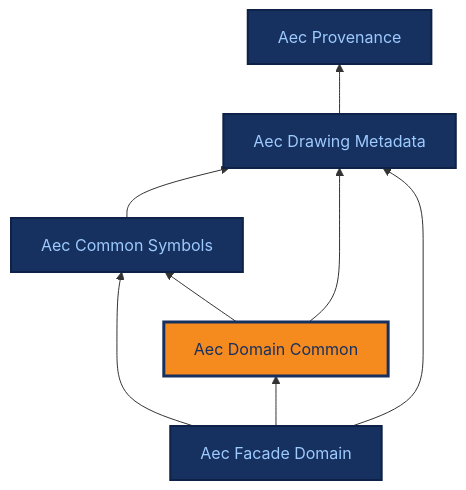
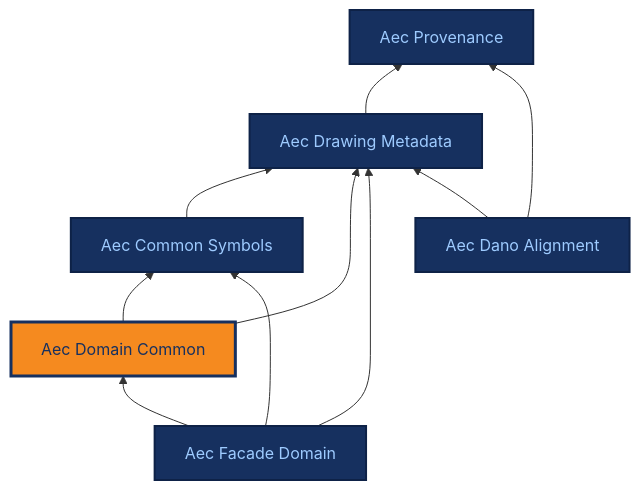
One commit to BuroHappoldMachineLearning/ADIRO changed the diagram in docs/ontologies/aec_domain_common.md. Above: the diagram before and after it, drawn with Mermaid. The commit also changed 11 other files, not shown here.

````diff
--- a/docs/ontologies/aec_domain_common.md
+++ b/docs/ontologies/aec_domain_common.md
@@ -17,25 +17,29 @@
 ```mermaid
 %%{init: {"themeCSS": ".base .nodeLabel,.base .nodeLabel p,.base text,.base tspan{fill:#9ecbff !important;color:#9ecbff !important}.current .nodeLabel,.current .nodeLabel p,.current text,.current tspan{fill:#16305f !important;color:#16305f !important}"} }%%
 graph BT
     aec_provenance["Aec Provenance"]
     aec_drawing_metadata["Aec Drawing Metadata"]
     aec_common_symbols["Aec Common Symbols"]
     aec_domain_common["Aec Domain Common"]
     aec_facade_domain["Aec Facade Domain"]
+    aec_dano_alignment["Aec Dano Alignment"]
     aec_drawing_metadata --> aec_provenance
     aec_common_symbols --> aec_drawing_metadata
     aec_domain_common --> aec_common_symbols
     aec_domain_common --> aec_drawing_metadata
     aec_facade_domain --> aec_common_symbols
     aec_facade_domain --> aec_domain_common
     aec_facade_domain --> aec_drawing_metadata
+    aec_dano_alignment --> aec_drawing_metadata
+    aec_dano_alignment --> aec_provenance
     click aec_provenance "../aec_provenance/" "Aec Provenance reference page"
     click aec_drawing_metadata "../aec_drawing_metadata/" "Aec Drawing Metadata reference page"
     click aec_common_symbols "../aec_common_symbols/" "Aec Common Symbols reference page"
     click aec_domain_common "../aec_domain_common/" "Aec Domain Common reference page"
     click aec_facade_domain "../aec_facade_domain/" "Aec Facade Domain reference page"
+    click aec_dano_alignment "../aec_dano_alignment/" "Aec Dano Alignment reference page"
     classDef base fill:#16305f,stroke:#0e2247,stroke-width:2px,color:#9ecbff;
-    class aec_provenance,aec_drawing_metadata,aec_common_symbols,aec_facade_domain base;
+    class aec_provenance,aec_drawing_metadata,aec_common_symbols,aec_facade_domain,aec_dano_alignment base;
     classDef current fill:#f58a1f,stroke:#16305f,stroke-width:3px,color:#16305f;
     class aec_domain_common current;
 ```
````
